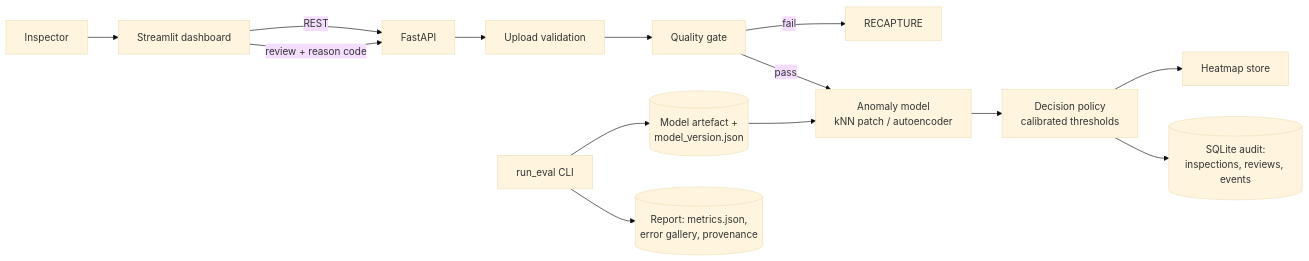
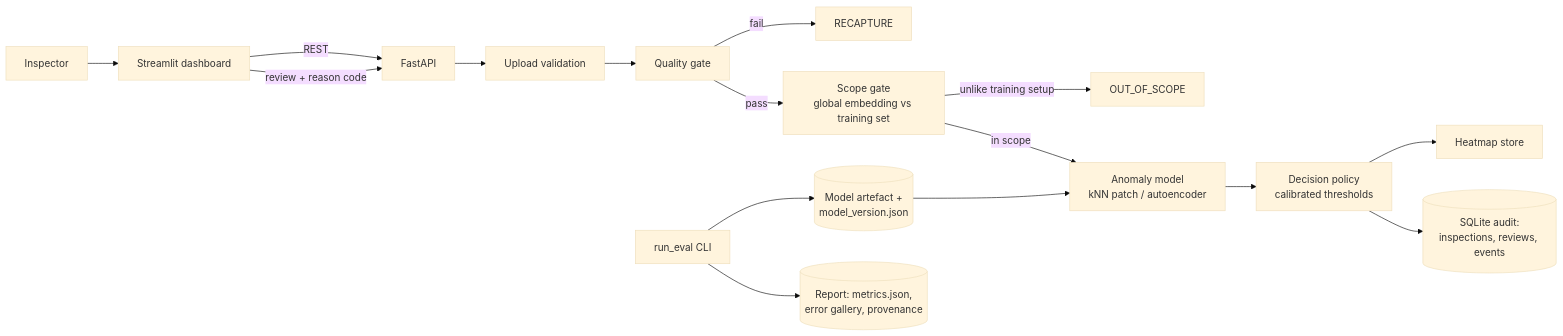
The diagram in docs/architecture.md (Amish23102006/inspectedge-ai), drawn with Mermaid (base theme) before and after one commit. The commit also changed other lines of this file, not shown here.

Commit message:
Architecture: add scope gate

````diff
--- a/docs/architecture.md
+++ b/docs/architecture.md
@@ -3,16 +3,18 @@
 ```mermaid
 flowchart LR
     U[Inspector] --> D[Streamlit dashboard]
     D -->|REST| A[FastAPI]
     A --> V[Upload validation]
     V --> Q[Quality gate]
     Q -->|fail| R[RECAPTURE]
-    Q -->|pass| M[Anomaly model<br/>kNN patch / autoencoder]
+    Q -->|pass| G[Scope gate<br/>global embedding vs training set]
+    G -->|unlike training setup| O[OUT_OF_SCOPE]
+    G -->|in scope| M[Anomaly model<br/>kNN patch / autoencoder]
     M --> P[Decision policy<br/>calibrated thresholds]
     P --> H[Heatmap store]
     P --> S[(SQLite audit:<br/>inspections, reviews, events)]
     D -->|review + reason code| A
     E[run_eval CLI] --> MA[(Model artefact +<br/>model_version.json)]
     E --> RP[(Report: metrics.json,<br/>error gallery, provenance)]
     MA --> M
 ```
````
